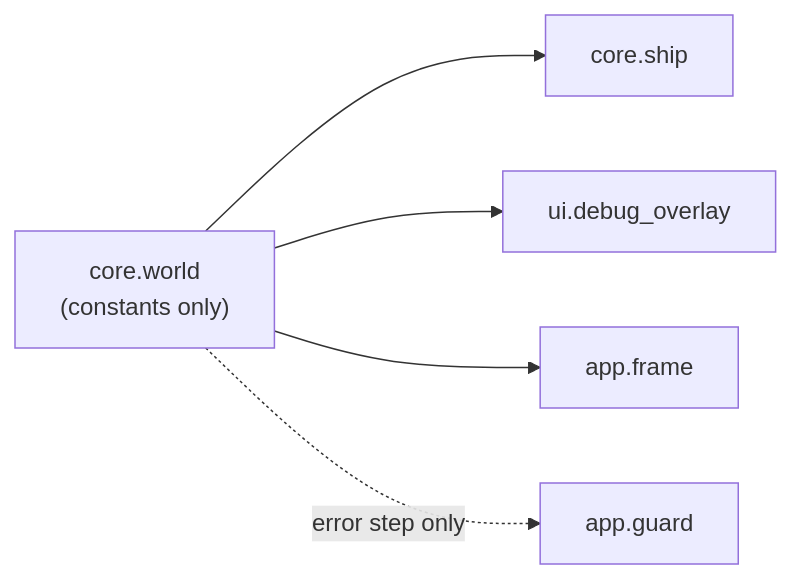
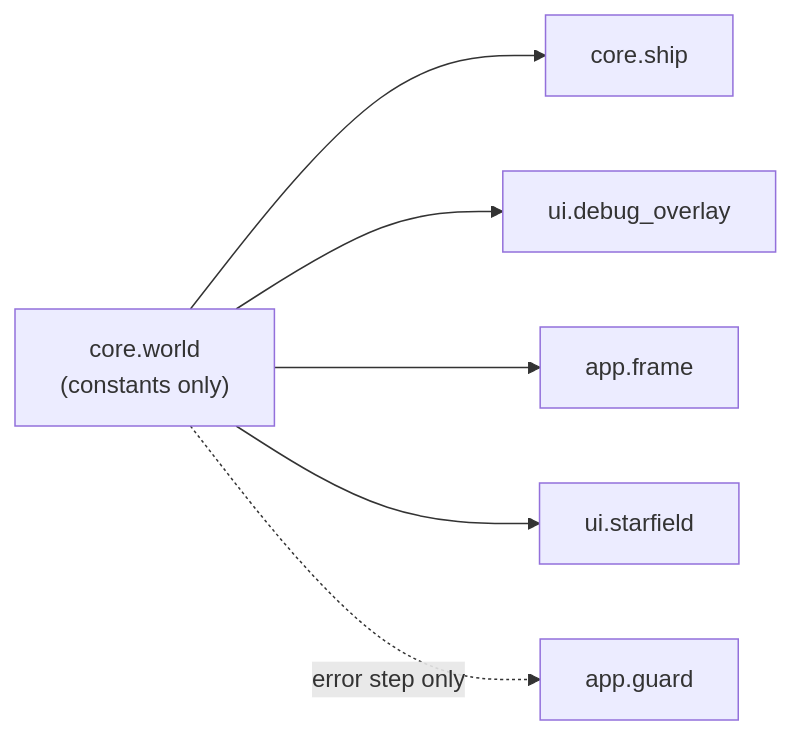
The diagram in docs/contracts/DRA-6/DRA-6-world.md (david-mntl/driftward-ace), drawn with Mermaid before and after one commit. The commit also changed other lines of this file and 11 other files, not shown here.

````diff
--- a/docs/contracts/DRA-6/DRA-6-world.md
+++ b/docs/contracts/DRA-6/DRA-6-world.md
@@ -26,7 +28,8 @@
 ```mermaid
 flowchart LR
   W["core.world<br/>(constants only)"] --> S["core.ship"]
   W --> O["ui.debug_overlay"]
   W --> F["app.frame"]
+  W --> SF["ui.starfield"]
   W -. "error step only" .-> G["app.guard"]
 ```
````
